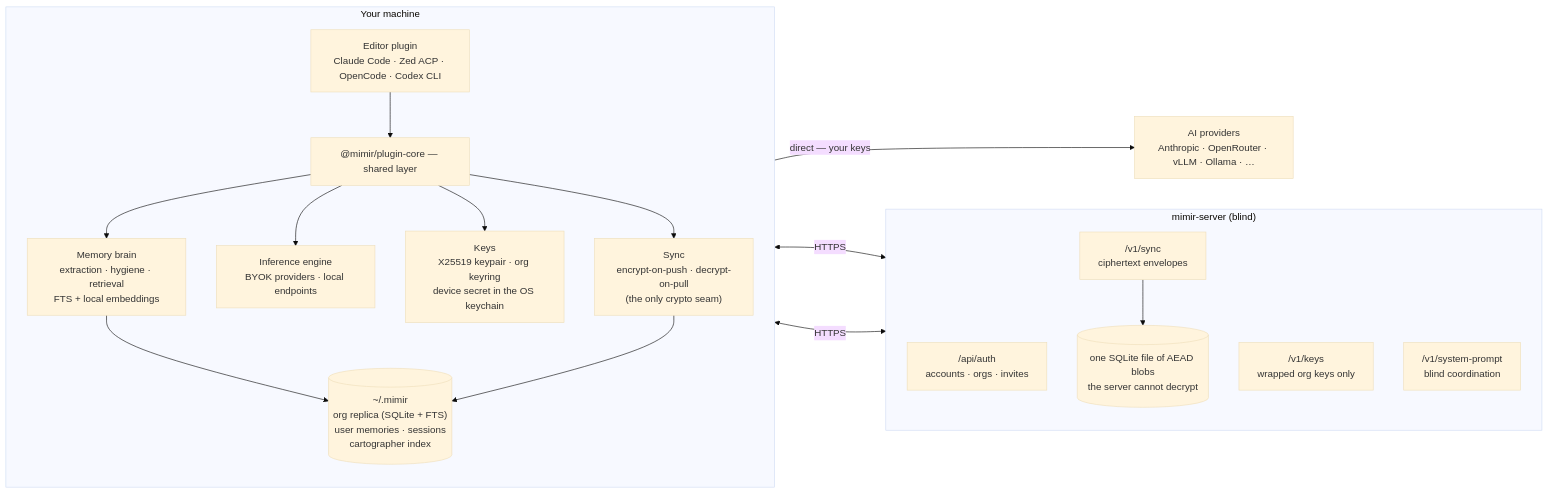
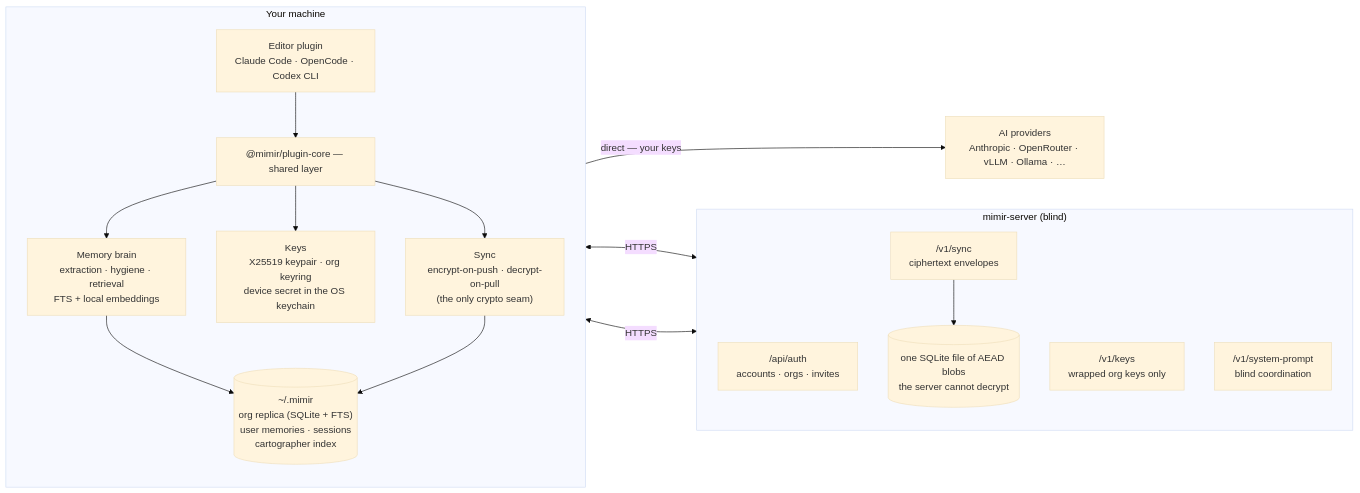
One commit to RageLtd/mimir changed the diagram in docs/architecture.md. Above: the diagram before and after it, drawn with Mermaid (base theme). The commit also changed 165 other files, not shown here.

````diff
--- a/docs/architecture.md
+++ b/docs/architecture.md
@@ -8,36 +8,34 @@
 ```mermaid
 flowchart LR
   subgraph machine["Your machine"]
     direction TB
-    plugins["Editor plugin<br/>Claude Code · Zed ACP · OpenCode · Codex CLI"]
+    plugins["Editor plugin<br/>Claude Code · OpenCode · Codex CLI"]
     core["@mimir/plugin-core — shared layer"]
     brain["Memory brain<br/>extraction · hygiene · retrieval<br/>FTS + local embeddings"]
-    engine["Inference engine<br/>BYOK providers · local endpoints"]
     keys["Keys<br/>X25519 keypair · org keyring<br/>device secret in the OS keychain"]
     syncmod["Sync<br/>encrypt-on-push · decrypt-on-pull<br/>(the only crypto seam)"]
     localstate[("~/.mimir<br/>org replica (SQLite + FTS)<br/>user memories · sessions<br/>cartographer index")]
     plugins --> core
     core --> brain
-    core --> engine
     core --> keys
     core --> syncmod
     brain --> localstate
     syncmod --> localstate
   end
 
   subgraph server["mimir-server (blind)"]
     direction TB
     auth["/api/auth<br/>accounts · orgs · invites"]
     keyroutes["/v1/keys<br/>wrapped org keys only"]
     syncroutes["/v1/sync<br/>ciphertext envelopes"]
     coord["/v1/system-prompt<br/>blind coordination"]
     tenantdb[("one SQLite file of AEAD blobs<br/>the server cannot decrypt")]
     syncroutes --> tenantdb
   end
 
   providers["AI providers<br/>Anthropic · OpenRouter · vLLM · Ollama · …"]
 
-  engine -->|"direct — your keys"| providers
+  plugins -->|"direct — your keys"| providers
   keys <-->|HTTPS| keyroutes
   syncmod <-->|HTTPS| syncroutes
 ```
````
